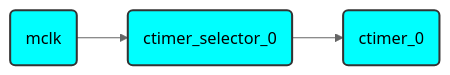
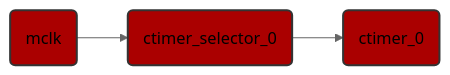
One commit to chromium-full-mirror/chromiumos_third_party_pigweed_pigweed changed the third of 7 diagrams in pw_clock_tree_mcuxpresso/docs.rst. Above: the diagram before and after it, drawn with Mermaid (neutral theme). The commit also changed other lines of this file and 9 other files, not shown here.

```diff
--- a/pw_clock_tree_mcuxpresso/docs.rst
+++ b/pw_clock_tree_mcuxpresso/docs.rst
@@ -128,8 +129,8 @@
 .. mermaid::
 
     flowchart LR
           G(mclk) --> H(ctimer_selector_0)
           H --> I(ctimer_0)
-          style G fill:#0ff,stroke:#333,stroke-width:2px
-          style H fill:#0ff,stroke:#333,stroke-width:2px
-          style I fill:#0ff,stroke:#333,stroke-width:2px
+          style G fill:#a00,stroke:#333,stroke-width:2px
+          style H fill:#a00,stroke:#333,stroke-width:2px
+          style I fill:#a00,stroke:#333,stroke-width:2px
```
